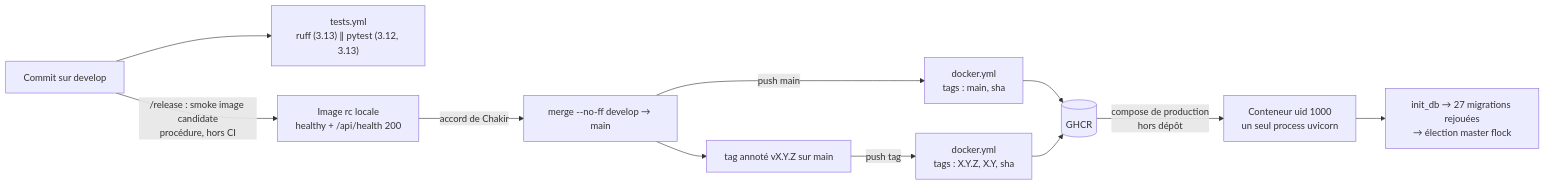
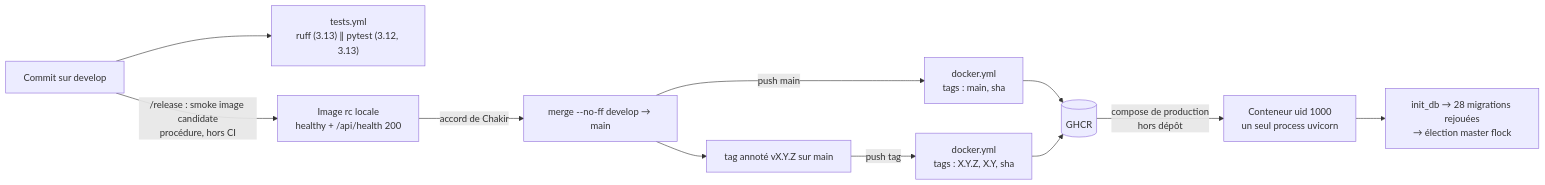
Before and after one commit to ChakirHamzaChahid/Plexhub-Backend: the first of 3 diagrams in docs/retro-spec/technique/build-release.md, drawn with Mermaid. The commit also changed other lines of this file and 8 other files, not shown here.

````diff
--- a/docs/retro-spec/technique/build-release.md
+++ b/docs/retro-spec/technique/build-release.md
@@ -11,13 +11,13 @@
 ```mermaid
 flowchart LR
     DEV[Commit sur develop] --> CI1["tests.yml<br/>ruff (3.13) ∥ pytest (3.12, 3.13)"]
     DEV -->|/release : smoke image candidate<br/>procédure, hors CI| SMK[Image rc locale<br/>healthy + /api/health 200]
     SMK -->|accord de Chakir| MRG[merge --no-ff develop → main]
     MRG --> TAG[tag annoté vX.Y.Z sur main]
     MRG -->|push main| D1["docker.yml<br/>tags : main, sha"]
     TAG -->|push tag| D2["docker.yml<br/>tags : X.Y.Z, X.Y, sha"]
     D1 --> GHCR[(GHCR)]
     D2 --> GHCR
     GHCR -->|compose de production<br/>hors dépôt| RUN[Conteneur uid 1000<br/>un seul process uvicorn]
-    RUN --> BOOT[init_db → 27 migrations rejouées<br/>→ élection master flock]
+    RUN --> BOOT[init_db → 28 migrations rejouées<br/>→ élection master flock]
 ```
````
